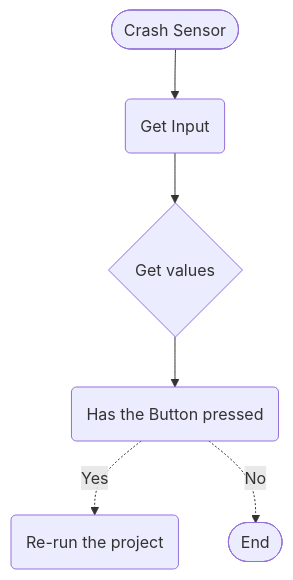
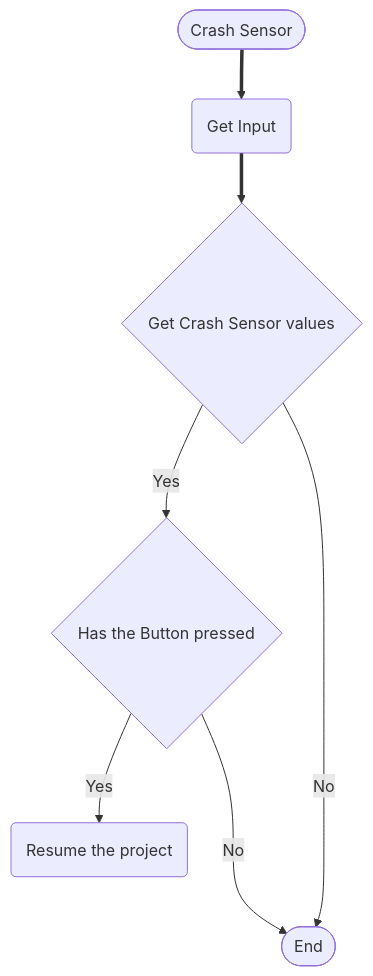
Before and after one commit to Glovania/Solar-Panel-SmartDevice: the first of 2 diagrams in logic.md, drawn with Mermaid. The commit also changed other lines of this file, not shown here.

````diff
--- a/logic.md
+++ b/logic.md
@@ -5,14 +5,18 @@
 ```mermaid
 flowchart TD
 %% Comment
     Start([Crash Sensor])
     InputCrashSensor(Get Input)
-    GetCrashSensorValue{Get values}
-    CheckButton(Has the Button pressed)
-    Activate(Re-run the project)
-    Finish([End])
+    GetCrashSensorValue{Get Crash Sensor values}
+    CheckButton{Has the Button pressed}
+    Activate(Resume the project)
+    End([End])
 
-    Start --> InputCrashSensor --> GetCrashSensorValue --> CheckButton
-    CheckButton -.-> |Yes| Activate
-    CheckButton -.-> |No| Finish
+    Start ==> InputCrashSensor ==> GetCrashSensorValue
+
+    CheckButton --> |Yes| Activate
+    CheckButton ---> |No| End
+
+    GetCrashSensorValue --> |No| End
+    GetCrashSensorValue --> |Yes| CheckButton
 ``` 
````
